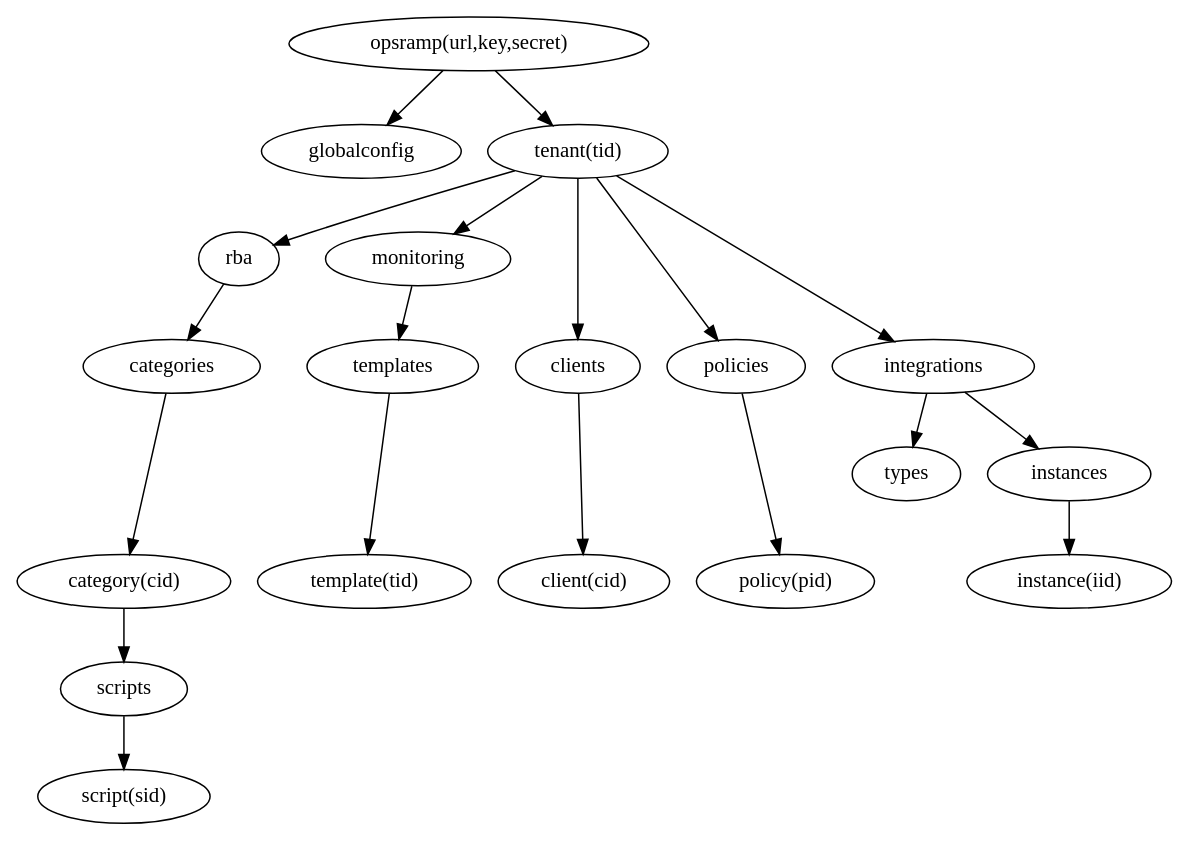
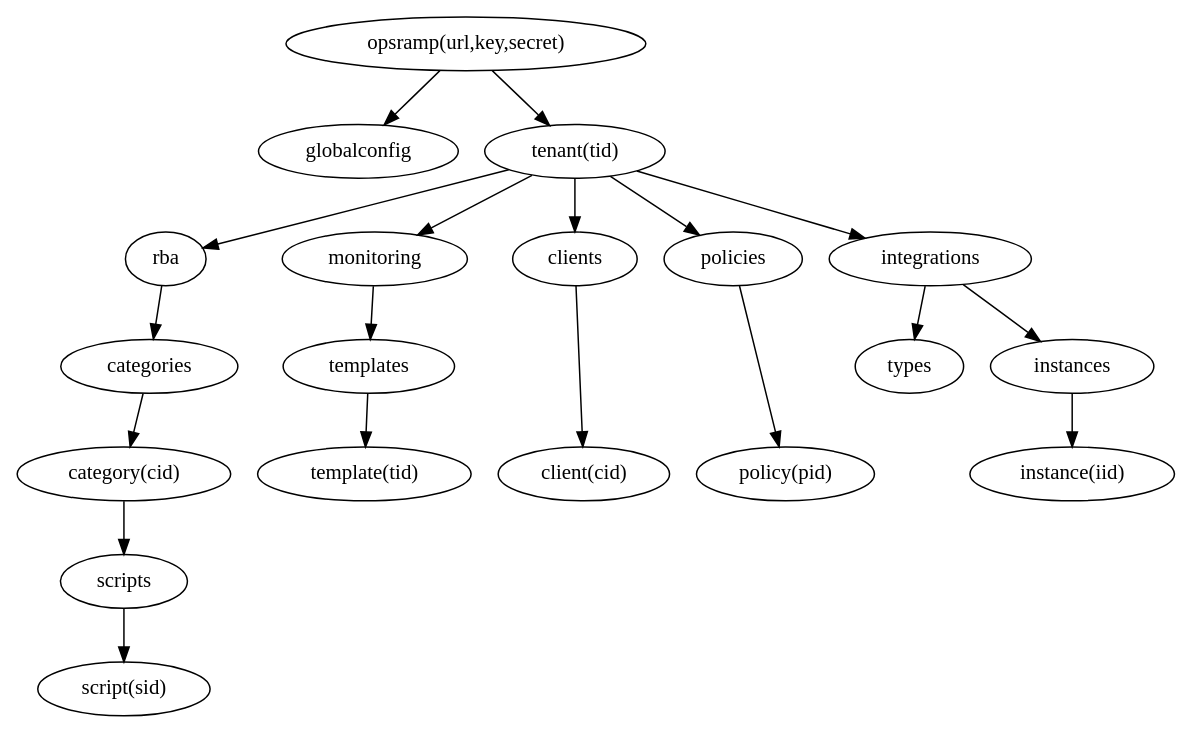
The diagram in classes.dot (HewlettPackard/python-opsramp), drawn with Graphviz before and after one commit. The commit also changed 1 other file, not shown here.

Commit message:
Flatten class diagram
Clarify the diagram by moving some boxes up a row.

```diff
--- a/classes.dot
+++ b/classes.dot
@@ -1,42 +1,43 @@
 # classes.dot
 # An input file for graphviz that produces a diagram of the relationship
 # between the various classes in the python-opsramp language binding.
 #
 # (c) Copyright 2019 Hewlett Packard Enterprise Development LP
 #
 # Licensed under the Apache License, Version 2.0 (the "License");
 # you may not use this file except in compliance with the License.
 # You may obtain a copy of the License at
 #
 #     http://www.apache.org/licenses/LICENSE-2.0
 #
 # Unless required by applicable law or agreed to in writing, software
 # distributed under the License is distributed on an "AS IS" BASIS,
 # WITHOUT WARRANTIES OR CONDITIONS OF ANY KIND, either express or implied.
 # See the License for the specific language governing permissions and
 # limitations under the License.
 #
 digraph {
   opsramp -> { globalconfig tenant }
   opsramp [label="opsramp(url,key,secret)"]
   tenant -> { rba monitoring clients policies integrations }
   tenant [label="tenant(tid)"]
   rba -> categories
   categories -> category
   category [label="category(cid)"]
   category -> scripts
   scripts -> script
   script [label="script(sid)"]
   monitoring -> templates
   templates -> template
   template [label="template(tid)"]
   clients -> client
   client [label="client(cid)"]
   policies -> policy
   policy [label="policy(pid)"]
   integrations -> { types instances }
   instances -> instance
   instance [label="instance(iid)"]
-  { rank=same categories templates clients policies integrations }
+  { rank=same rba monitoring clients policies integrations }
+  { rank=same categories templates instances }
   { rank=same category template client policy instance }
 }
```
